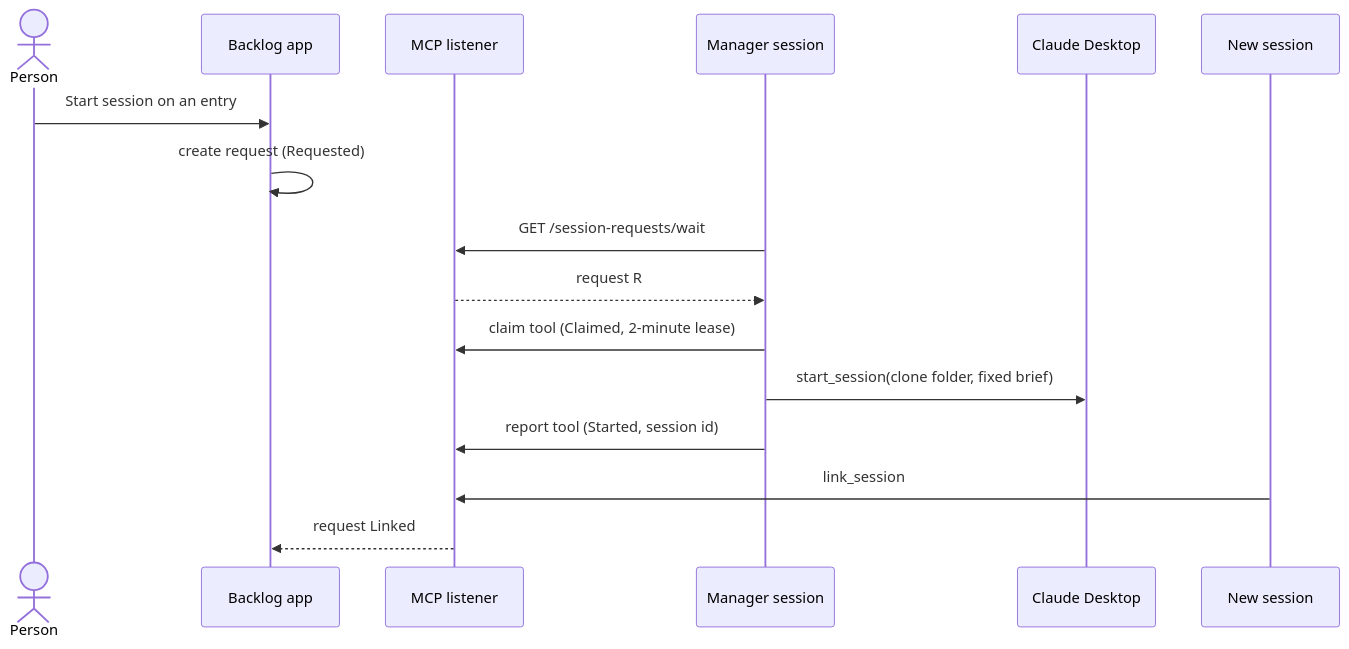
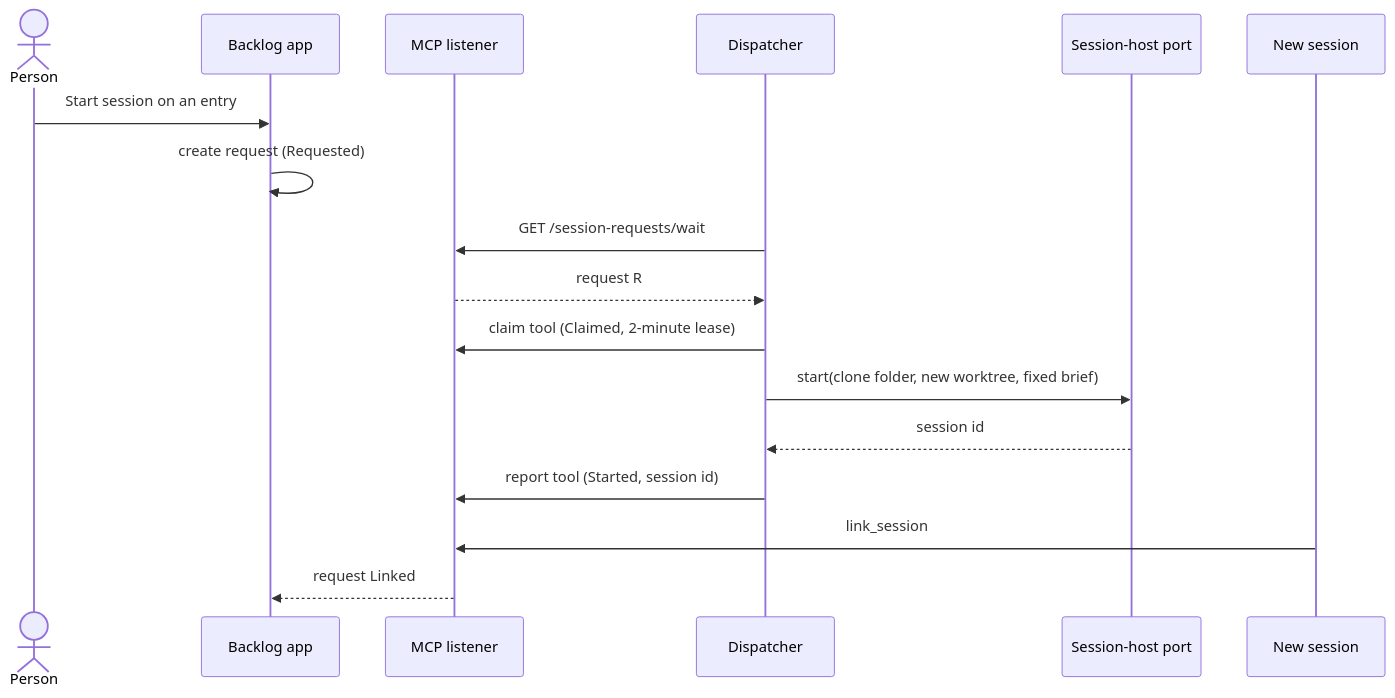
The first of 2 diagrams in .devbook/arc42/adr/0038-backlog-queues-session-requests-and-a-manager-session-dispatches-them.md (JSdotNet/Backlog), drawn with Mermaid before and after one commit. The commit also changed other lines of this file and 2 other files, not shown here.

First line of the commit message:
docs(devbook): amend ADR 0038 and 0041 to a harness-neutral session-host port

````diff
--- a/.devbook/arc42/adr/0038-backlog-queues-session-requests-and-a-manager-session-dispatches-them.md
+++ b/.devbook/arc42/adr/0038-backlog-queues-session-requests-and-a-manager-session-dispatches-them.md
@@ -66,18 +77,19 @@
 ```mermaid
 sequenceDiagram
   actor Person
   participant App as Backlog app
   participant Listener as MCP listener
-  participant Mgr as Manager session
-  participant CD as Claude Desktop
+  participant Mgr as Dispatcher
+  participant Host as Session-host port
   participant New as New session
   Person->>App: Start session on an entry
   App->>App: create request (Requested)
   Mgr->>Listener: GET /session-requests/wait
   Listener-->>Mgr: request R
   Mgr->>Listener: claim tool (Claimed, 2-minute lease)
-  Mgr->>CD: start_session(clone folder, fixed brief)
+  Mgr->>Host: start(clone folder, new worktree, fixed brief)
+  Host-->>Mgr: session id
   Mgr->>Listener: report tool (Started, session id)
   New->>Listener: link_session
   Listener-->>App: request Linked
 ```
````
